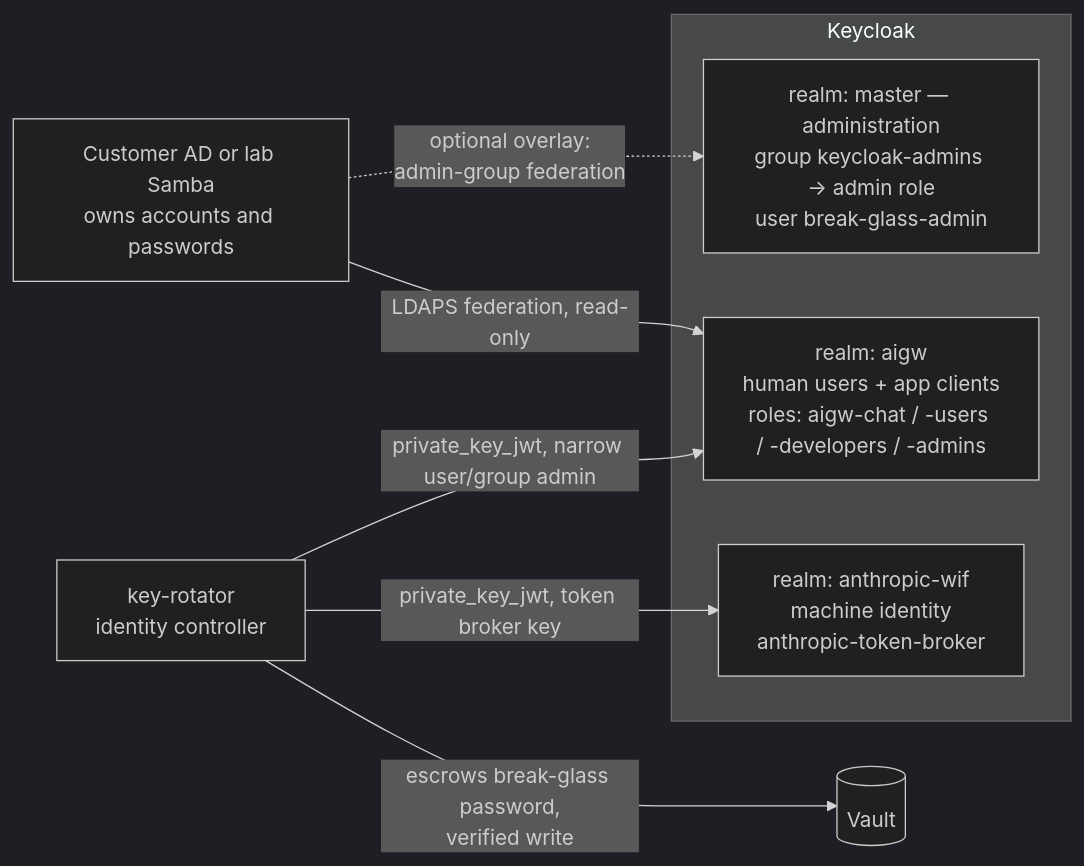
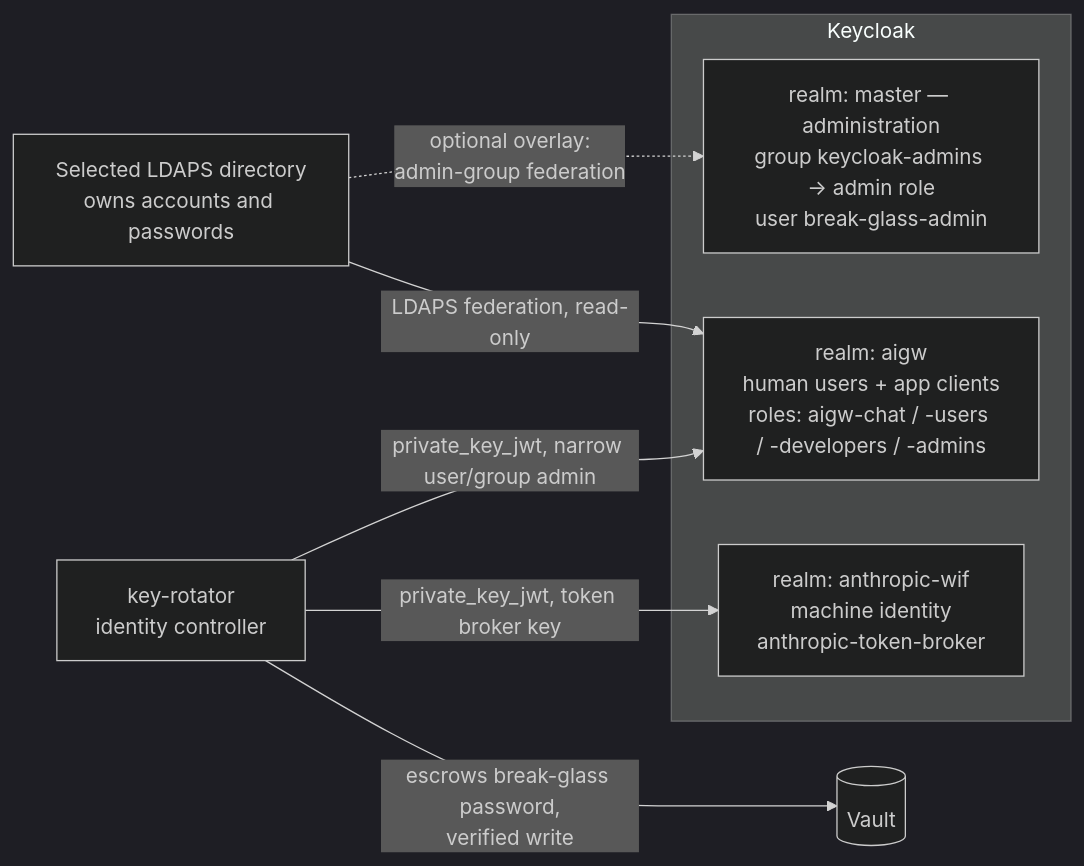
The diagram in docs/keycloak-realm-architecture.md (derhornspieler/ai-gateway), drawn with Mermaid (dark theme) before and after one commit. The commit also changed other lines of this file and 339 other files, not shown here.

````diff
--- a/docs/keycloak-realm-architecture.md
+++ b/docs/keycloak-realm-architecture.md
@@ -45,18 +45,18 @@
 ```mermaid
 flowchart LR
-  AD[Customer AD or lab Samba<br/>owns accounts and passwords]
+  AD[Selected LDAPS directory<br/>owns accounts and passwords]
   KR[key-rotator<br/>identity controller]
   V[(Vault)]
 
   subgraph KC [Keycloak]
     M["realm: master — administration<br/>group keycloak-admins → admin role<br/>user break-glass-admin"]
     A["realm: aigw<br/>human users + app clients<br/>roles: aigw-chat / -users / -developers / -admins"]
     W["realm: anthropic-wif<br/>machine identity<br/>anthropic-token-broker"]
   end
 
   AD -->|LDAPS federation, read-only| A
   AD -.->|optional overlay:<br/>admin-group federation| M
   KR -->|private_key_jwt, narrow user/group admin| A
   KR -->|private_key_jwt, token broker key| W
   KR -->|escrows break-glass password,<br/>verified write| V
 ```
````
